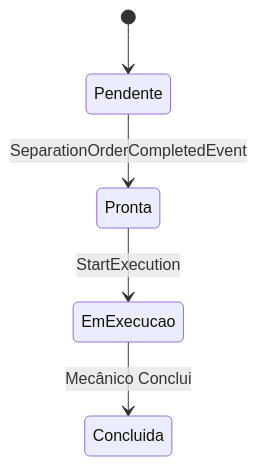
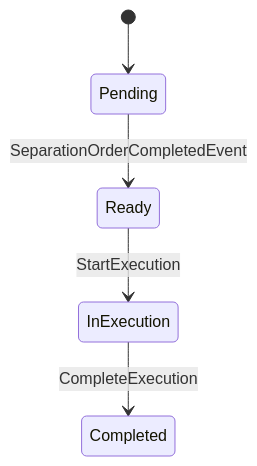
Before and after one commit to marcossilvajnr/GarageFlow: the third of 6 diagrams in docs/domain/bounded-contexts.md, drawn with Mermaid. The commit also changed other lines of this file and 32 other files, not shown here.

````diff
--- a/docs/domain/bounded-contexts.md
+++ b/docs/domain/bounded-contexts.md
@@ -167,7 +189,7 @@
 ```mermaid
 stateDiagram-v2
-    [*] --> Pendente
-    Pendente --> Pronta : SeparationOrderCompletedEvent
-    Pronta --> EmExecucao : StartExecution
-    EmExecucao --> Concluida : Mecânico Conclui
+    [*] --> Pending
+    Pending --> Ready : SeparationOrderCompletedEvent
+    Ready --> InExecution : StartExecution
+    InExecution --> Completed : CompleteExecution
 ```
````
